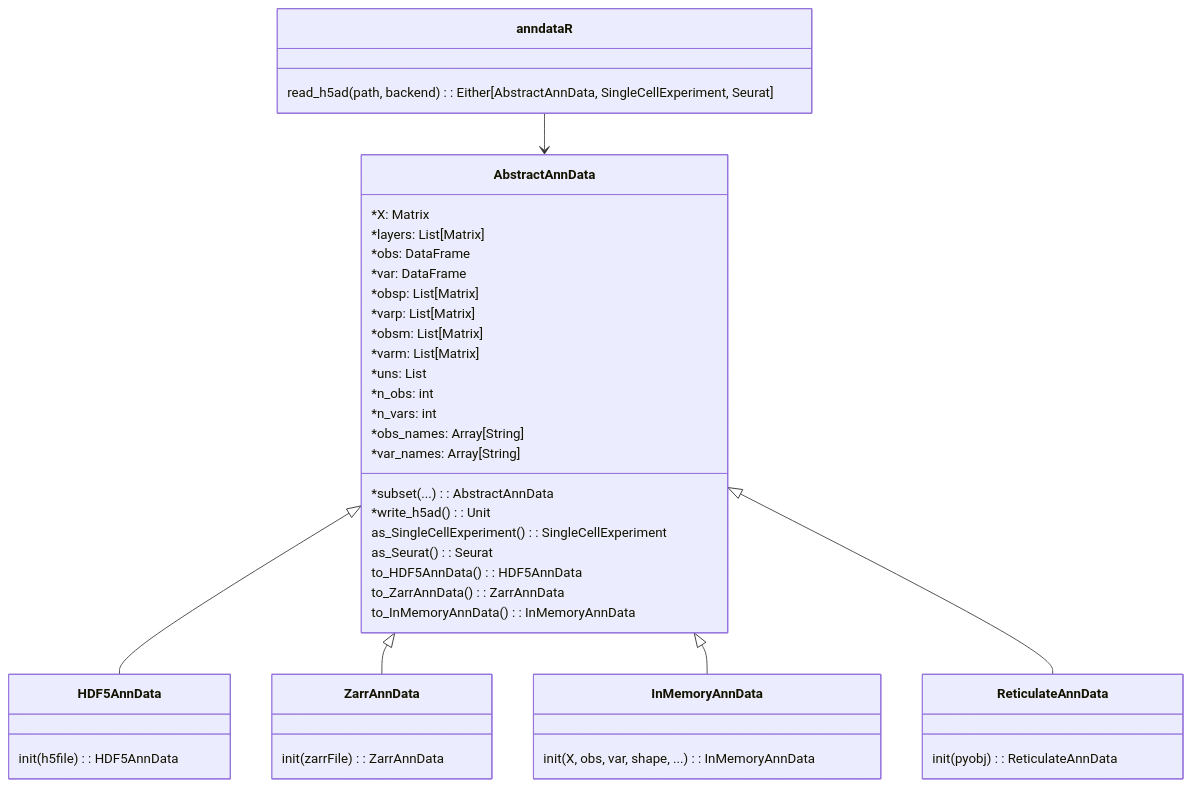
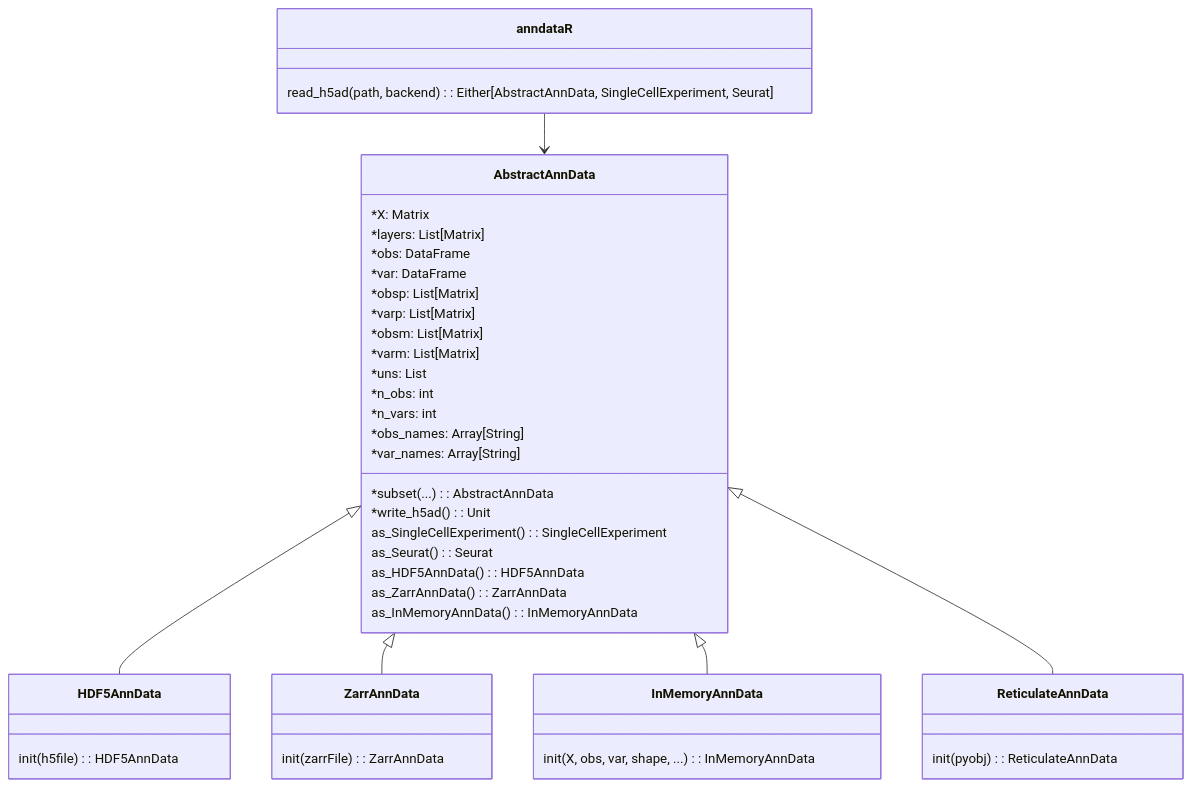
Before and after one commit to scverse/anndataR: the diagram in vignettes/diagrams/class_diagram.mmd, drawn with Mermaid. The commit also changed 13 other files, not shown here.

```diff
--- a/vignettes/diagrams/class_diagram.mmd
+++ b/vignettes/diagrams/class_diagram.mmd
@@ -1,51 +1,51 @@
 
 classDiagram
   class AbstractAnnData {
     *X: Matrix
     *layers: List[Matrix]
     *obs: DataFrame
     *var: DataFrame
     *obsp: List[Matrix]
     *varp: List[Matrix]
     *obsm: List[Matrix]
     *varm: List[Matrix]
     *uns: List
     *n_obs: int
     *n_vars: int
     *obs_names: Array[String]
     *var_names: Array[String]
     *subset(...): AbstractAnnData
     *write_h5ad(): Unit
 
     as_SingleCellExperiment(): SingleCellExperiment
     as_Seurat(): Seurat
 
-    to_HDF5AnnData(): HDF5AnnData
-    to_ZarrAnnData(): ZarrAnnData
-    to_InMemoryAnnData(): InMemoryAnnData
+    as_HDF5AnnData(): HDF5AnnData
+    as_ZarrAnnData(): ZarrAnnData
+    as_InMemoryAnnData(): InMemoryAnnData
   }
 
   AbstractAnnData <|-- HDF5AnnData
   class HDF5AnnData {
     init(h5file): HDF5AnnData
   }
 
   AbstractAnnData <|-- ZarrAnnData
   class ZarrAnnData {
     init(zarrFile): ZarrAnnData
   }
 
   AbstractAnnData <|-- InMemoryAnnData
   class InMemoryAnnData {
     init(X, obs, var, shape, ...): InMemoryAnnData
   }
 
   AbstractAnnData <|-- ReticulateAnnData
   class ReticulateAnnData {
     init(pyobj): ReticulateAnnData
   }
 
   class anndataR {
     read_h5ad(path, backend): Either[AbstractAnnData, SingleCellExperiment, Seurat]
   }
   anndataR --> AbstractAnnData
```
